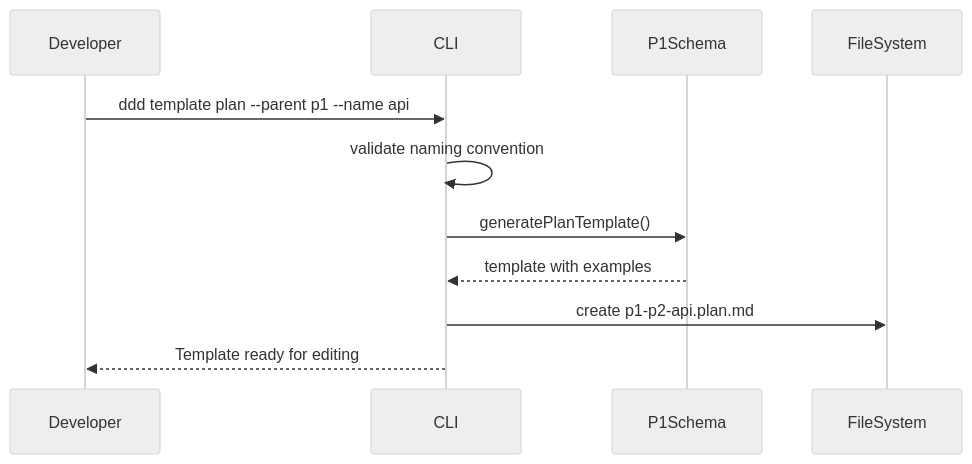
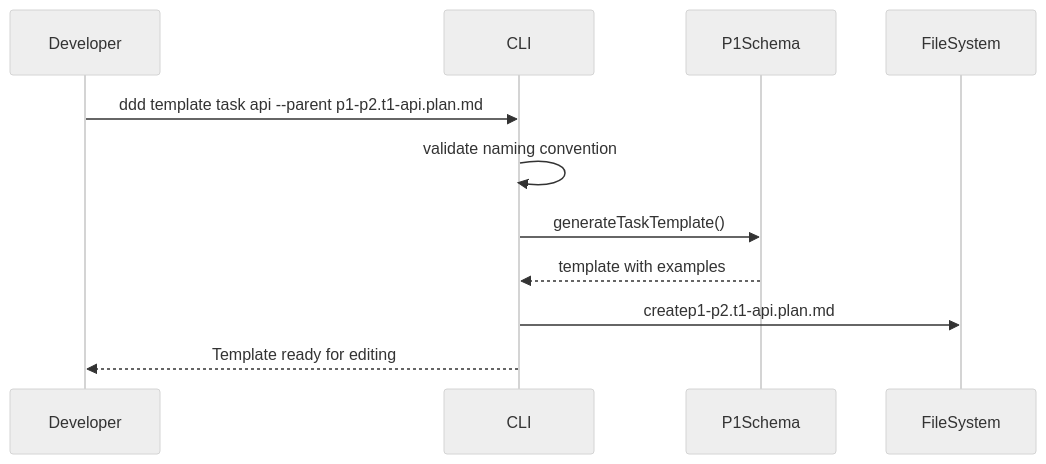
One commit to livelifelively/documentation-driven-development-tools changed the third of 10 diagrams in docs/requirements/p1.p2-cli-tools.plan.md. Above: the diagram before and after it, drawn with Mermaid (neutral theme). The commit also changed other lines of this file and 5 other files, not shown here.

````diff
--- a/docs/requirements/p1.p2-cli-tools.plan.md
+++ b/docs/requirements/p1.p2-cli-tools.plan.md
@@ -60,14 +82,14 @@
 ```mermaid
 sequenceDiagram
     participant Developer
     participant CLI
     participant P1Schema
     participant FileSystem
 
-    Developer->>CLI: ddd template plan --parent p1 --name api
+    Developer->>CLI: ddd template task api --parent p1-p2.t1-api.plan.md
     CLI->>CLI: validate naming convention
-    CLI->>P1Schema: generatePlanTemplate()
+    CLI->>P1Schema: generateTaskTemplate()
     P1Schema-->>CLI: template with examples
-    CLI->>FileSystem: create p1-p2-api.plan.md
+    CLI->>FileSystem: createp1-p2.t1-api.plan.md
     CLI-->>Developer: Template ready for editing
 ```
````
